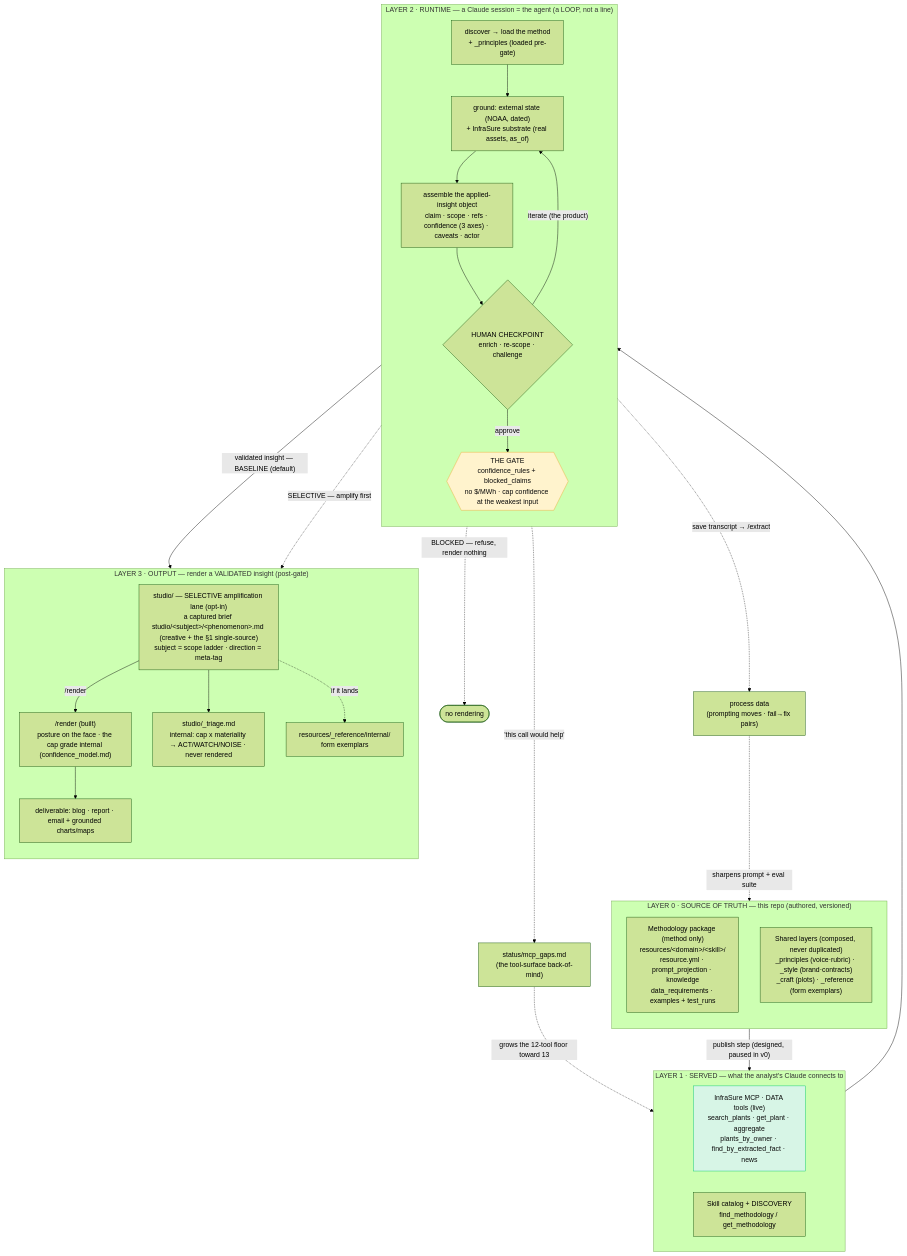
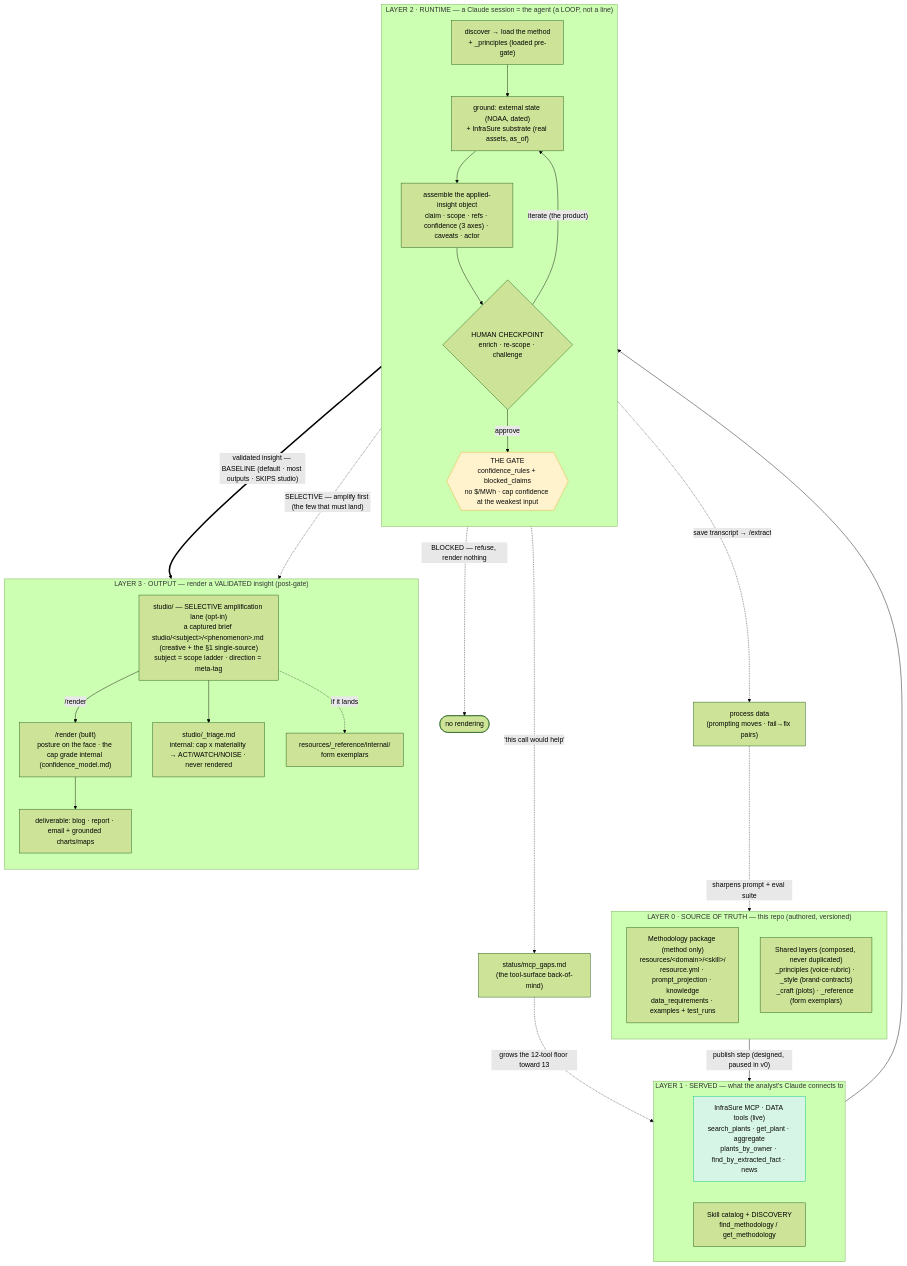
Before and after one commit to dg3-ui/insights_lab: the diagram in docs/architecture.md, drawn with Mermaid (forest theme). The commit also changed 1 other file, not shown here.

Commit message:
architecture: make the no-studio baseline path unmistakable in the L3 Mermaid
The baseline (gated insight → /render, no studio) was already in the diagram (the
GATE→RENDER edge) and real in the tooling (/render accepts a bare gated insight), but
the edge label was less explicit than the prose. Sharpen it so studio reads as a branch,
not a middle layer:
- baseline edge → a THICK arrow, "BASELINE (default · most outputs · SKIPS studio)"
- studio edge stays dotted, "SELECTIVE — amplify first (the few that must land)"
Now the dominant visual path goes straight past studio to the deliverable.

````diff
--- a/docs/architecture.md
+++ b/docs/architecture.md
@@ -40,59 +40,59 @@
 ```mermaid
 flowchart TD
     subgraph L0["LAYER 0 · SOURCE OF TRUTH — this repo (authored, versioned)"]
         direction TB
         PKG["Methodology package (method only)<br/>resources/&lt;domain&gt;/&lt;skill&gt;/<br/>resource.yml · prompt_projection · knowledge<br/>data_requirements · examples + test_runs"]
         SHARED["Shared layers (composed, never duplicated)<br/>_principles (voice·rubric) · _style (brand·contracts)<br/>_craft (plots) · _reference (form exemplars)"]
     end
 
     L0 -->|"publish step (designed, paused in v0)"| L1
 
     subgraph L1["LAYER 1 · SERVED — what the analyst's Claude connects to"]
         direction LR
         DATA["InfraSure MCP · DATA tools (live)<br/>search_plants · get_plant · aggregate<br/>plants_by_owner · find_by_extracted_fact · news"]
         CAT["Skill catalog + DISCOVERY<br/>find_methodology / get_methodology"]
     end
 
     L1 --> DISC
 
     subgraph L2["LAYER 2 · RUNTIME — a Claude session = the agent (a LOOP, not a line)"]
         direction TB
         DISC["discover → load the method<br/>+ _principles (loaded pre-gate)"]
         GND["ground: external state (NOAA, dated)<br/>+ InfraSure substrate (real assets, as_of)"]
         ASM["assemble the applied-insight object<br/>claim · scope · refs · confidence (3 axes) · caveats · actor"]
         HUMAN{"HUMAN CHECKPOINT<br/>enrich · re-scope · challenge"}
         GATE{{"THE GATE<br/>confidence_rules + blocked_claims<br/>no $/MWh · cap confidence at the weakest input"}}
         DISC --> GND --> ASM --> HUMAN
         HUMAN -->|"iterate (the product)"| GND
         HUMAN -->|approve| GATE
     end
 
     GATE -.->|"BLOCKED — refuse, render nothing"| STOP(["no rendering"])
-    GATE -->|"validated insight — BASELINE (default)"| RENDER
-    GATE -.->|"SELECTIVE — amplify first"| STUDIO
+    GATE ==>|"validated insight — BASELINE (default · most outputs · SKIPS studio)"| RENDER
+    GATE -.->|"SELECTIVE — amplify first (the few that must land)"| STUDIO
 
     subgraph L3["LAYER 3 · OUTPUT — render a VALIDATED insight (post-gate)"]
         direction TB
         RENDER["/render (built)<br/>posture on the face · the cap grade internal (confidence_model.md)"]
         STUDIO["studio/ — SELECTIVE amplification lane (opt-in)<br/>a captured brief studio/&lt;subject&gt;/&lt;phenomenon&gt;.md (creative + the §1 single-source)<br/>subject = scope ladder · direction = meta-tag"]
         TRIAGE["studio/_triage.md<br/>internal: cap x materiality → ACT/WATCH/NOISE · never rendered"]
         GALLERY["resources/_reference/internal/<br/>form exemplars"]
         OUT["deliverable: blog · report · email + grounded charts/maps"]
         STUDIO -->|"/render"| RENDER
         RENDER --> OUT
         STUDIO --> TRIAGE
         STUDIO -.->|"if it lands"| GALLERY
     end
 
     PROC["process data<br/>(prompting moves · fail→fix pairs)"]
     GAPS["status/mcp_gaps.md<br/>(the tool-surface back-of-mind)"]
     L2 -.->|"save transcript → /extract"| PROC
     PROC -.->|"sharpens prompt + eval suite"| PKG
     L2 -.->|"'this call would help'"| GAPS
     GAPS -.->|"grows the 12-tool floor toward 13"| DATA
 
     classDef gate fill:#fff3cd,stroke:#efa831,color:#0a0a0a;
     classDef live fill:#d7f5e6,stroke:#00c470,color:#0a0a0a;
     class GATE gate;
     class DATA live;
 ```
````
